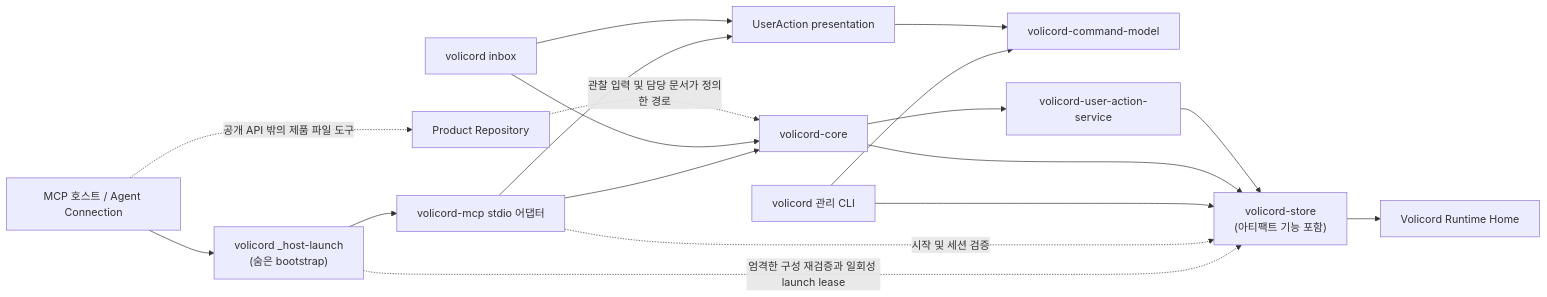
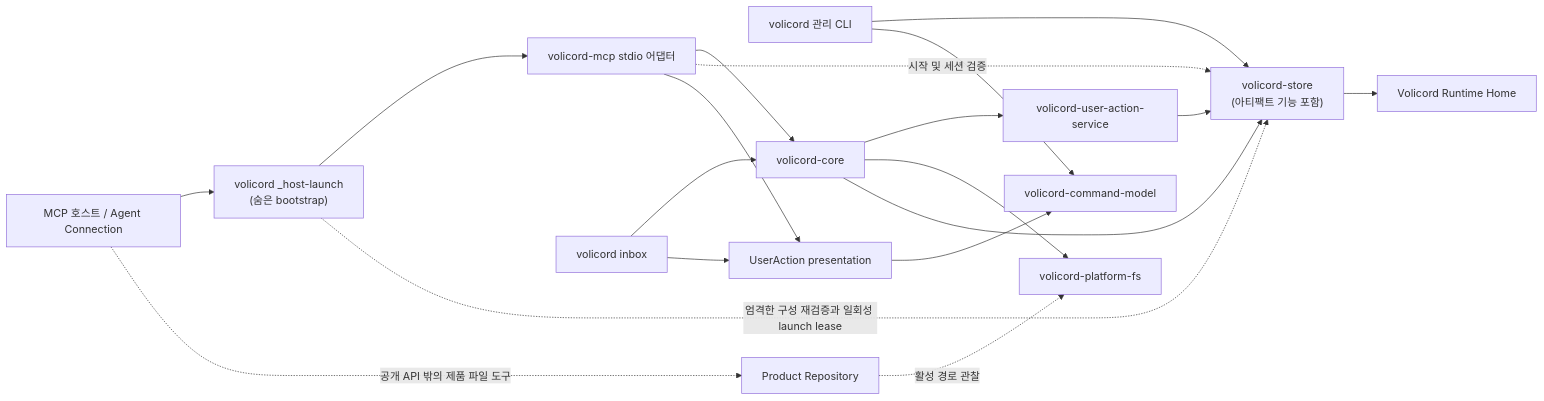
The diagram in docs/ko/architecture-guide/architecture.md (minjungw00/Volicord), drawn with Mermaid before and after one commit. The commit also changed other lines of this file and 45 other files, not shown here.

Commit message:
refactor: enforce platform ownership of product path observation

````diff
--- a/docs/ko/architecture-guide/architecture.md
+++ b/docs/ko/architecture-guide/architecture.md
@@ -29,31 +29,33 @@
 ```mermaid
 flowchart LR
   host["MCP 호스트 / Agent Connection"]
   launcher["volicord _host-launch<br/>(숨은 bootstrap)"]
   mcp["volicord-mcp stdio 어댑터"]
   cli["volicord 관리 CLI"]
   inbox["volicord inbox"]
   syntax["volicord-command-model"]
   presentation["UserAction presentation"]
   core["volicord-core"]
   action_service["volicord-user-action-service"]
+  platform_fs["volicord-platform-fs"]
   store["volicord-store<br/>(아티팩트 기능 포함)"]
   runtime["Volicord Runtime Home"]
   product["Product Repository"]
 
   host --> launcher --> mcp --> core
   launcher -. 엄격한 구성 재검증과 일회성 launch lease .-> store
   mcp -. 시작 및 세션 검증 .-> store
   mcp --> presentation
   cli --> store
   cli --> syntax
   inbox --> core
   inbox --> presentation
   presentation --> syntax
   core --> action_service
+  core --> platform_fs
   core --> store
   action_service --> store
   store --> runtime
-  product -. 관찰 입력 및 담당 문서가 정의한 경로 .-> core
+  product -. 활성 경로 관찰 .-> platform_fs
   host -. 공개 API 밖의 제품 파일 도구 .-> product
 ```
````
